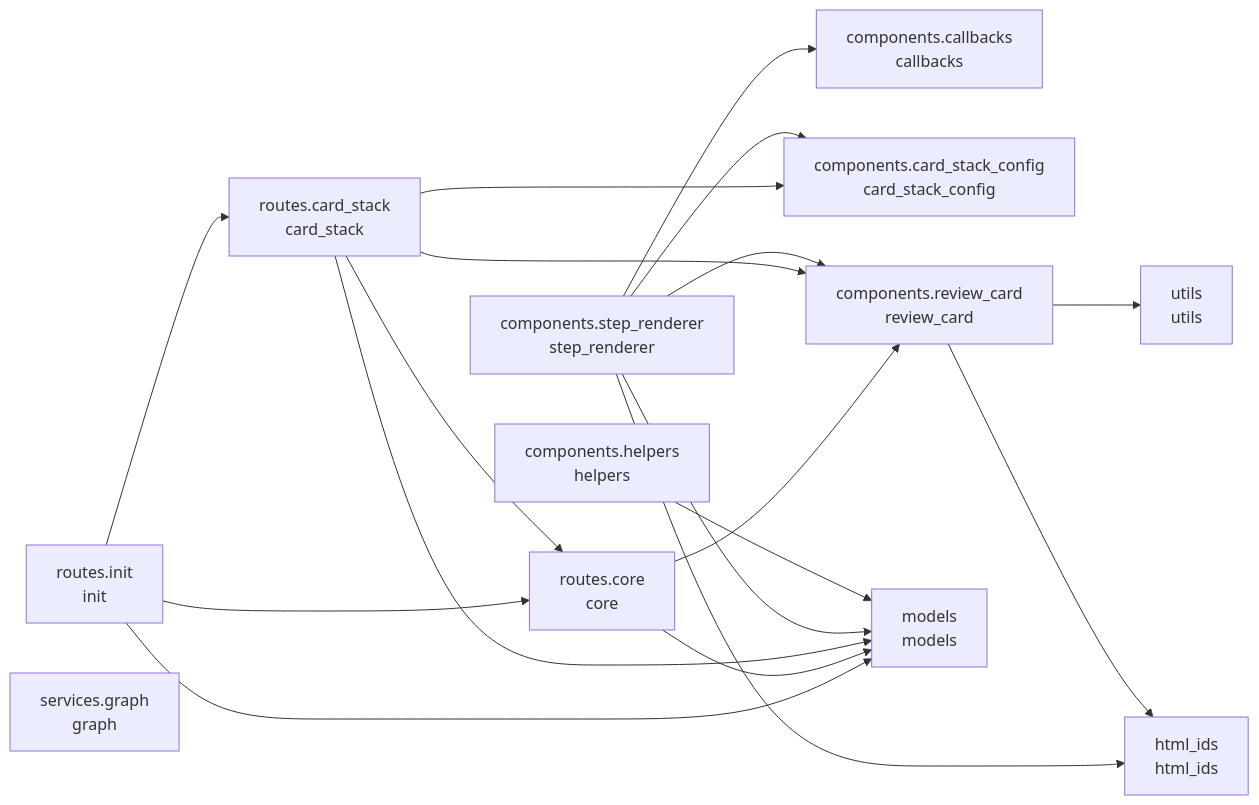
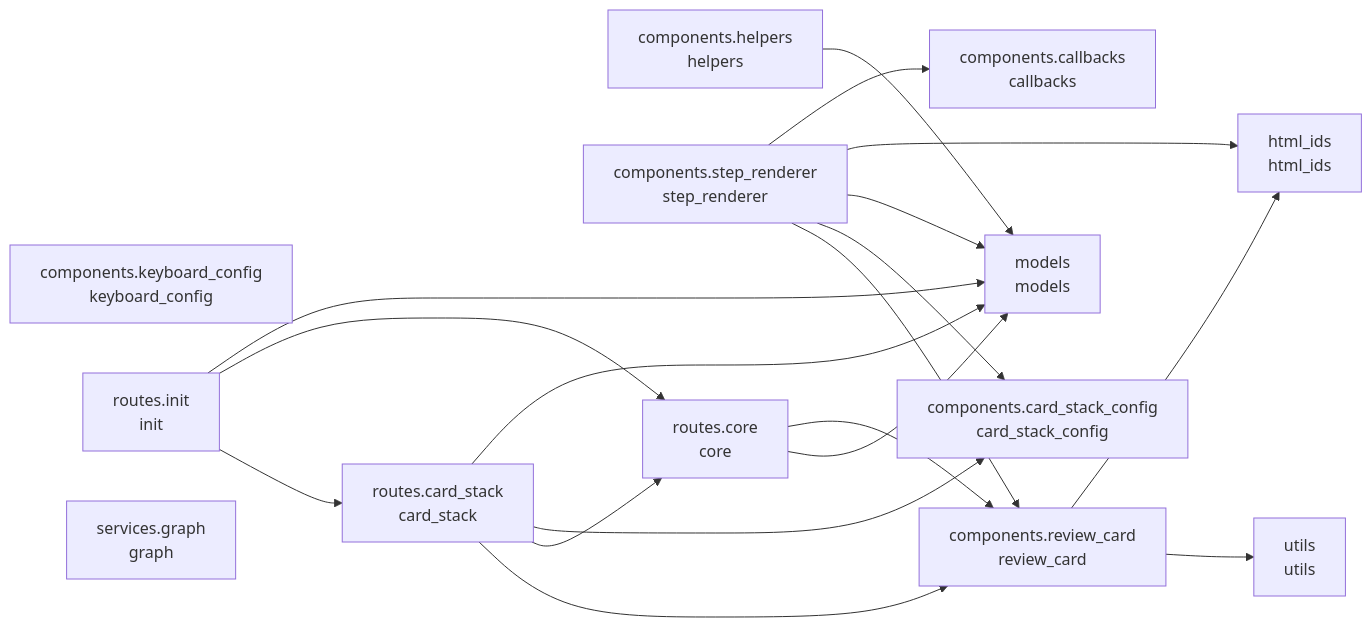
The diagram in README.md (cj-mills/cjm-transcript-review), drawn with Mermaid before and after one commit. The commit also changed other lines of this file and 11 other files, not shown here.

Commit message:
Phase 3: Add keyboard navigation and Web Audio API audio playback with auto-play on card navigation.

````diff
--- a/README.md
+++ b/README.md
@@ -35,33 +36,34 @@
 ``` mermaid
 graph LR
     components_callbacks[components.callbacks<br/>callbacks]
     components_card_stack_config[components.card_stack_config<br/>card_stack_config]
     components_helpers[components.helpers<br/>helpers]
+    components_keyboard_config[components.keyboard_config<br/>keyboard_config]
     components_review_card[components.review_card<br/>review_card]
     components_step_renderer[components.step_renderer<br/>step_renderer]
     html_ids[html_ids<br/>html_ids]
     models[models<br/>models]
     routes_card_stack[routes.card_stack<br/>card_stack]
     routes_core[routes.core<br/>core]
     routes_init[routes.init<br/>init]
     services_graph[services.graph<br/>graph]
     utils[utils<br/>utils]
 
     components_helpers --> models
     components_review_card --> utils
     components_review_card --> html_ids
+    components_step_renderer --> components_review_card
+    components_step_renderer --> components_card_stack_config
+    components_step_renderer --> models
+    components_step_renderer --> html_ids
     components_step_renderer --> components_callbacks
-    components_step_renderer --> components_card_stack_config
-    components_step_renderer --> components_review_card
-    components_step_renderer --> html_ids
-    components_step_renderer --> models
+    routes_card_stack --> components_review_card
     routes_card_stack --> routes_core
     routes_card_stack --> components_card_stack_config
-    routes_card_stack --> components_review_card
     routes_card_stack --> models
+    routes_core --> models
     routes_core --> components_review_card
-    routes_core --> models
+    routes_init --> routes_card_stack
     routes_init --> routes_core
-    routes_init --> routes_card_stack
     routes_init --> models
 ```
````
